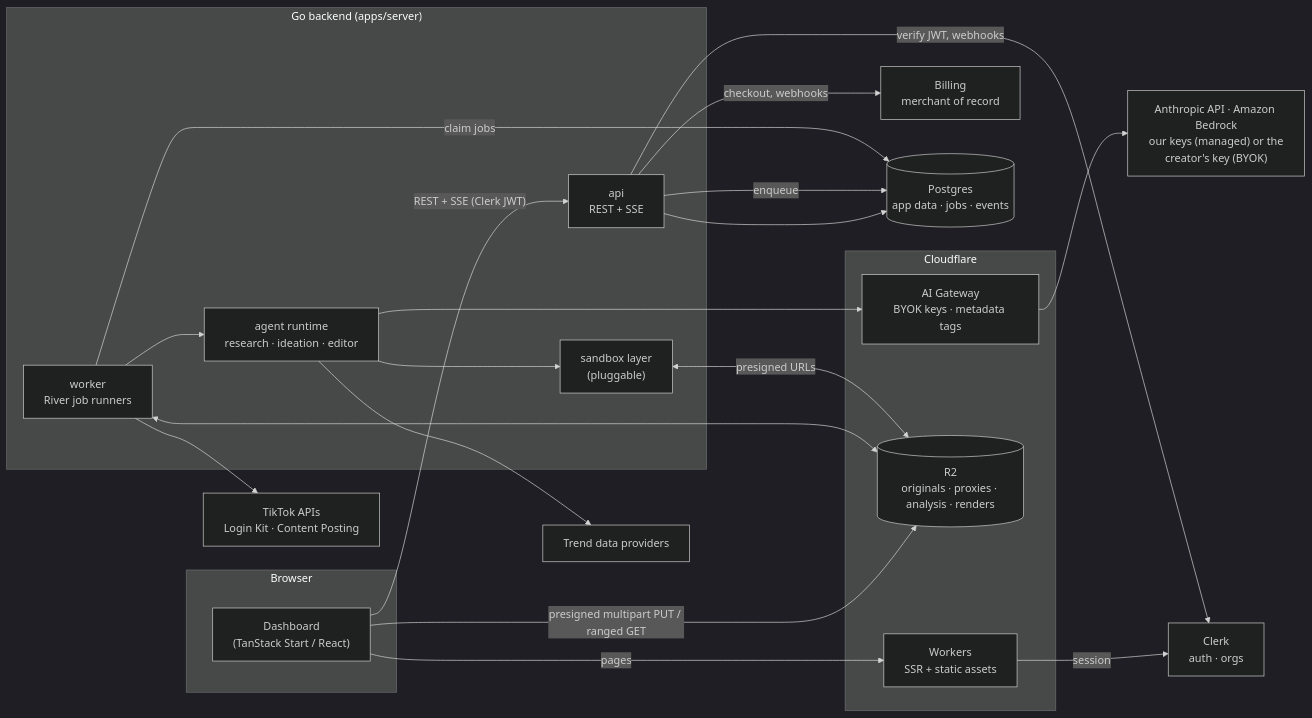
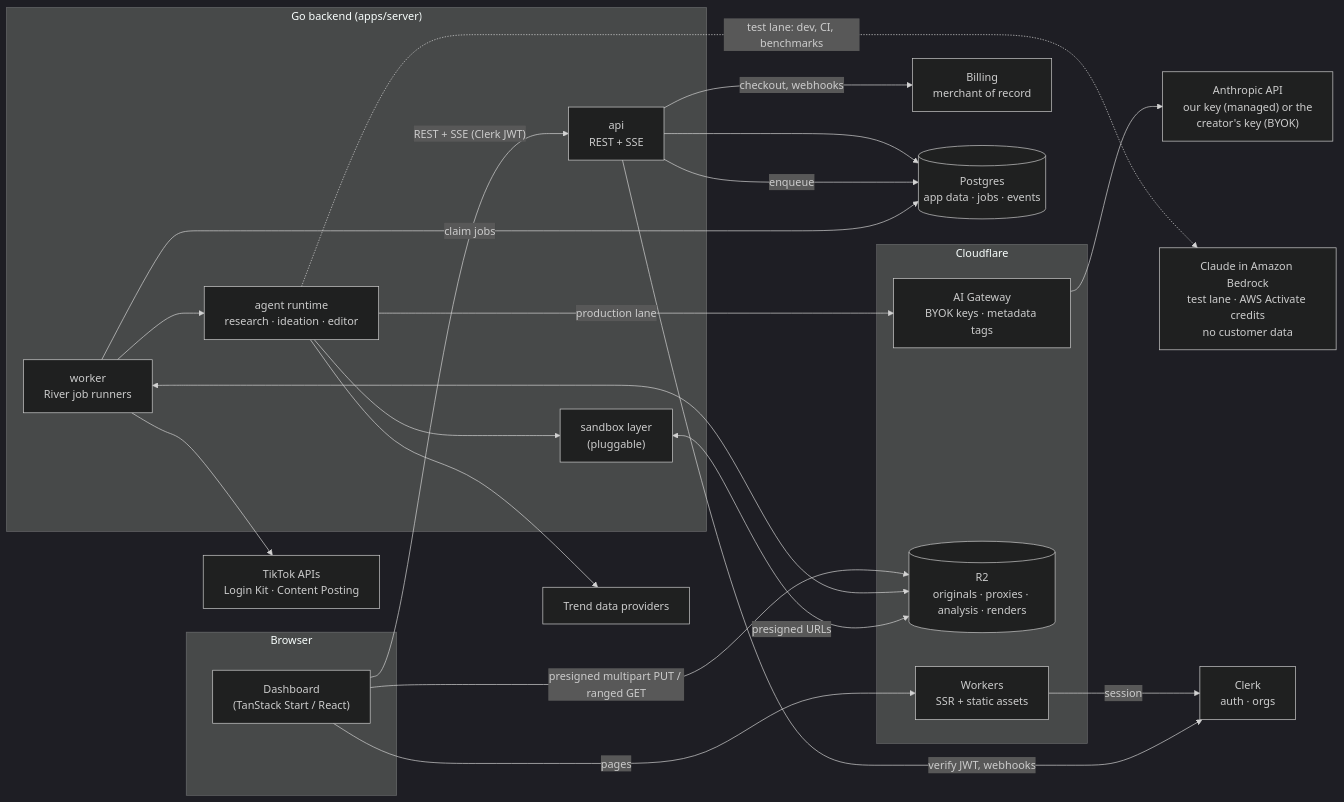
Before and after one commit to nilpntr/content-fabrique: the first of 4 diagrams in docs/03-architecture.md, drawn with Mermaid (dark theme). The commit also changed other lines of this file and 5 other files, not shown here.

First line of the commit message:
docs: add D-20, AWS credits fund Bedrock testing and customers use the gateway

````diff
--- a/docs/03-architecture.md
+++ b/docs/03-architecture.md
@@ -18,45 +19,48 @@
 ```mermaid
 flowchart LR
   subgraph Client[Browser]
     UI["Dashboard<br/>(TanStack Start / React)"]
   end
 
   subgraph CF[Cloudflare]
     WEB["Workers<br/>SSR + static assets"]
     R2[("R2<br/>originals · proxies · analysis · renders")]
     GW["AI Gateway<br/>BYOK keys · metadata tags"]
   end
 
   CLERK["Clerk<br/>auth · orgs"]
   BILL["Billing<br/>merchant of record"]
 
   subgraph BE["Go backend (apps/server)"]
     API["api<br/>REST + SSE"]
     WRK["worker<br/>River job runners"]
     AGT["agent runtime<br/>research · ideation · editor"]
     SBX["sandbox layer<br/>(pluggable)"]
   end
 
   PG[("Postgres<br/>app data · jobs · events")]
-  LLM["Anthropic API · Amazon Bedrock<br/>our keys (managed) or the<br/>creator's key (BYOK)"]
+  LLM["Anthropic API<br/>our key (managed) or the<br/>creator's key (BYOK)"]
+  BR["Claude in Amazon Bedrock<br/>test lane · AWS Activate credits<br/>no customer data"]
   TRD["Trend data providers"]
   TT["TikTok APIs<br/>Login Kit · Content Posting"]
 
   UI -->|pages| WEB
   WEB -->|session| CLERK
   UI -->|"REST + SSE (Clerk JWT)"| API
   UI -->|"presigned multipart PUT / ranged GET"| R2
   API --> PG
   API -->|verify JWT, webhooks| CLERK
   API -->|checkout, webhooks| BILL
   API -->|enqueue| PG
   WRK -->|claim jobs| PG
   WRK <--> R2
   WRK --> AGT
-  AGT --> GW
+  AGT -->|production lane| GW
   GW --> LLM
+  AGT -.->|"test lane: dev, CI, benchmarks"| BR
+  GW ~~~ BR
   AGT --> TRD
   AGT --> SBX
   SBX <-->|presigned URLs| R2
   WRK --> TT
 ```
````
